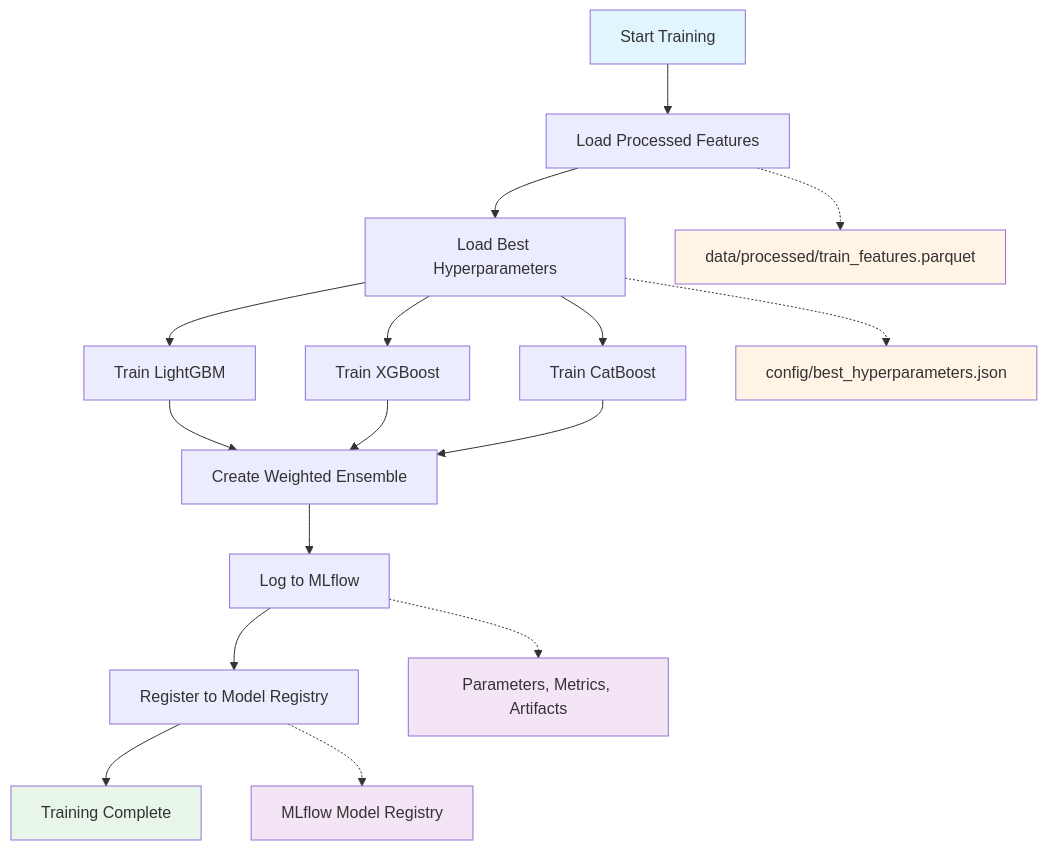
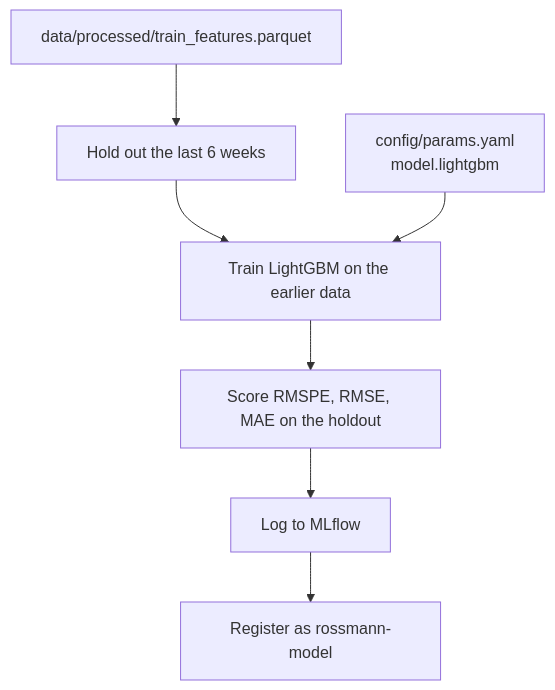
The second of 2 diagrams in docs/modelops/training.md (bradleyboehmke/uc-bana-7075-reference-system), drawn with Mermaid before and after one commit. The commit also changed other lines of this file and 71 other files, not shown here.

First line of the commit message:
REF-04: Simplify to a single LightGBM model

````diff
--- a/docs/modelops/training.md
+++ b/docs/modelops/training.md
@@ -28,28 +63,9 @@
 ```mermaid
 graph TD
-    A[Start Training] --> B[Load Processed Features]
-    B --> C[Load Best Hyperparameters]
-    C --> D[Train LightGBM]
-    C --> E[Train XGBoost]
-    C --> F[Train CatBoost]
-
-    D --> G[Create Weighted Ensemble]
-    E --> G
-    F --> G
-
-    G --> H[Log to MLflow]
-    H --> I[Register to Model Registry]
-    I --> J[Training Complete]
-
-    B -.-> K[data/processed/train_features.parquet]
-    C -.-> L[config/best_hyperparameters.json]
-    H -.-> M[Parameters, Metrics, Artifacts]
-    I -.-> N[MLflow Model Registry]
-
-    style A fill:#e1f5ff
-    style J fill:#e8f5e9
-    style K fill:#fff4e6
-    style L fill:#fff4e6
-    style M fill:#f3e5f5
-    style N fill:#f3e5f5
+    A[data/processed/train_features.parquet] --> B[Hold out the last 6 weeks]
+    B --> C[Train LightGBM on the earlier data]
+    P[config/params.yaml<br/>model.lightgbm] --> C
+    C --> D[Score RMSPE, RMSE, MAE on the holdout]
+    D --> E[Log to MLflow]
+    E --> F[Register as rossmann-model]
 ```
````
